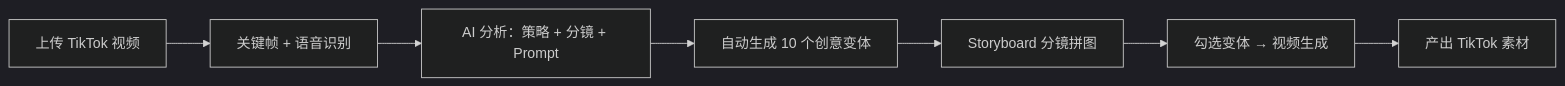
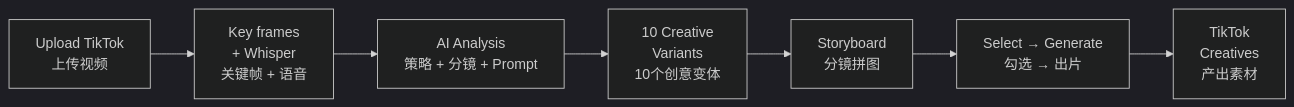
One commit to peipeijiang/decipher changed the diagram in README.md. Above: the diagram before and after it, drawn with Mermaid (dark theme). The commit also changed other lines of this file and 1 other file, not shown here.

````diff
--- a/README.md
+++ b/README.md
@@ -153,9 +291,9 @@
 ```mermaid
 graph LR
-    A[上传 TikTok 视频] --> B[关键帧 + 语音识别]
-    B --> C[AI 分析：策略 + 分镜 + Prompt]
-    C --> D[自动生成 10 个创意变体]
-    D --> E[Storyboard 分镜拼图]
-    E --> F[勾选变体 → 视频生成]
-    F --> G[产出 TikTok 素材]
+    A[Upload TikTok<br/>上传视频] --> B[Key frames<br/>+ Whisper<br/>关键帧 + 语音]
+    B --> C[AI Analysis<br/>策略 + 分镜 + Prompt]
+    C --> D[10 Creative<br/>Variants<br/>10个创意变体]
+    D --> E[Storyboard<br/>分镜拼图]
+    E --> F[Select → Generate<br/>勾选 → 出片]
+    F --> G[TikTok<br/>Creatives<br/>产出素材]
 ```
````
